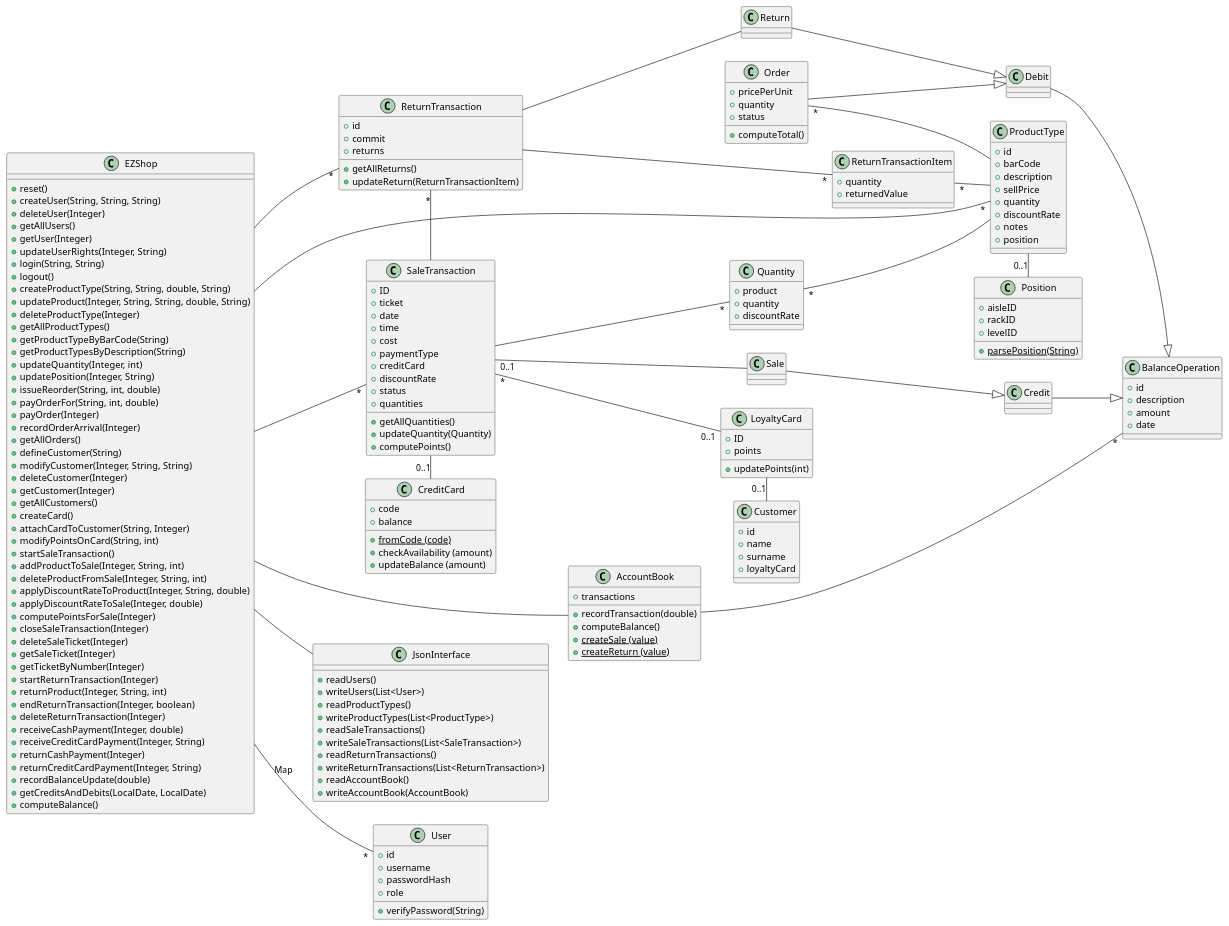
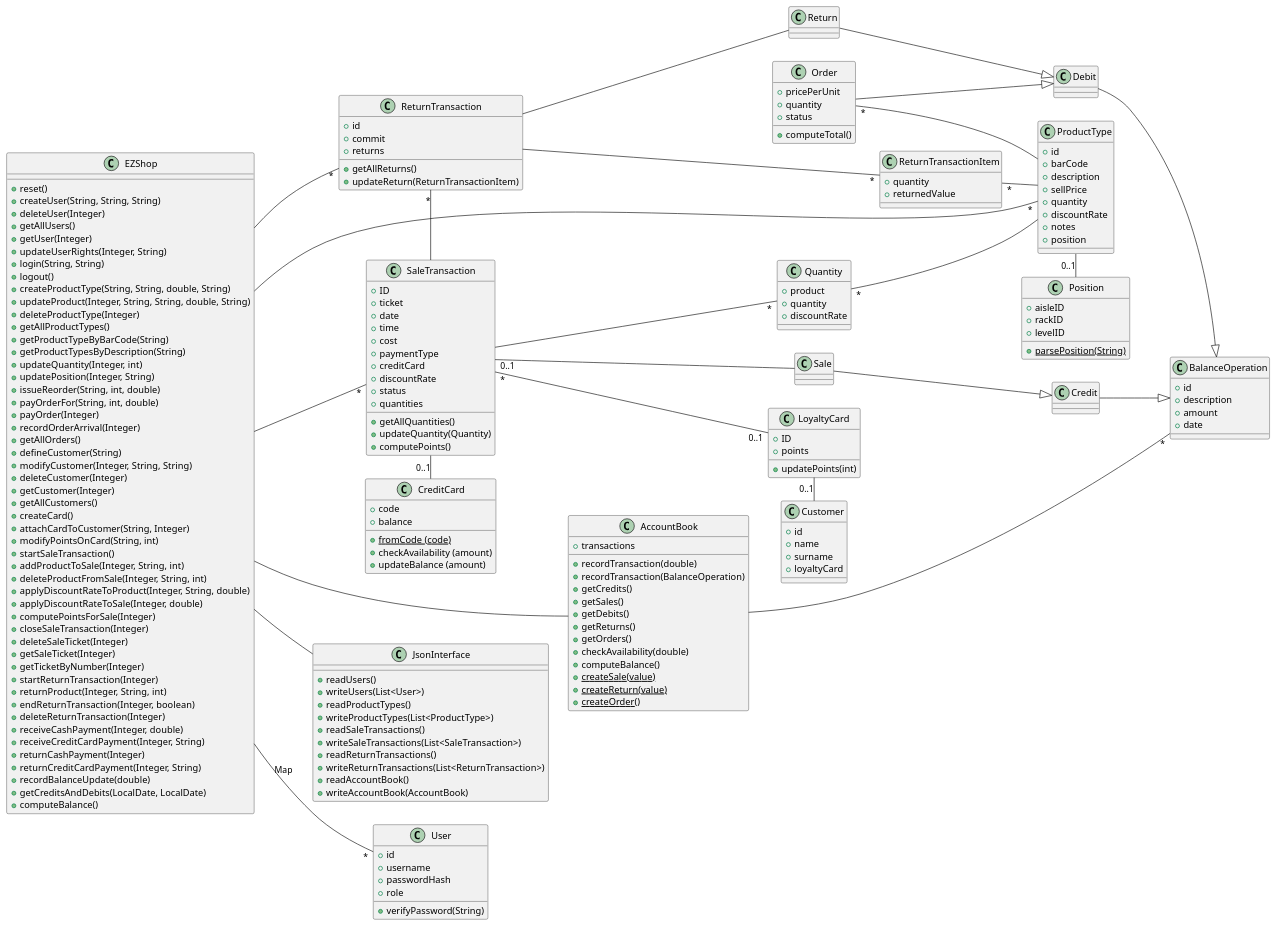
The second of 4 diagrams in Deliverables/DesignDocument.md (polito-se2-21-r03/se1-ezshop), drawn with PlantUML before and after one commit. The commit also changed other lines of this file, not shown here.

Commit message:
Verfication sequence diagrams for scenario 3.2 and 4.2

```diff
--- a/Deliverables/DesignDocument.md
+++ b/Deliverables/DesignDocument.md
@@ -242,9 +242,17 @@
 class AccountBook {
     + transactions
     + recordTransaction(double)
+    + recordTransaction(BalanceOperation)
+    + getCredits()
+    + getSales()
+    + getDebits()
+    + getReturns()
+    + getOrders()
+    + checkAvailability(double)
     + computeBalance()
-    + {static} createSale (value)
-    + {static} createReturn (value)
+    + {static} createSale(value)
+    + {static} createReturn(value)
+    + {static} createOrder()
 }
 
 class BalanceOperation {
```
